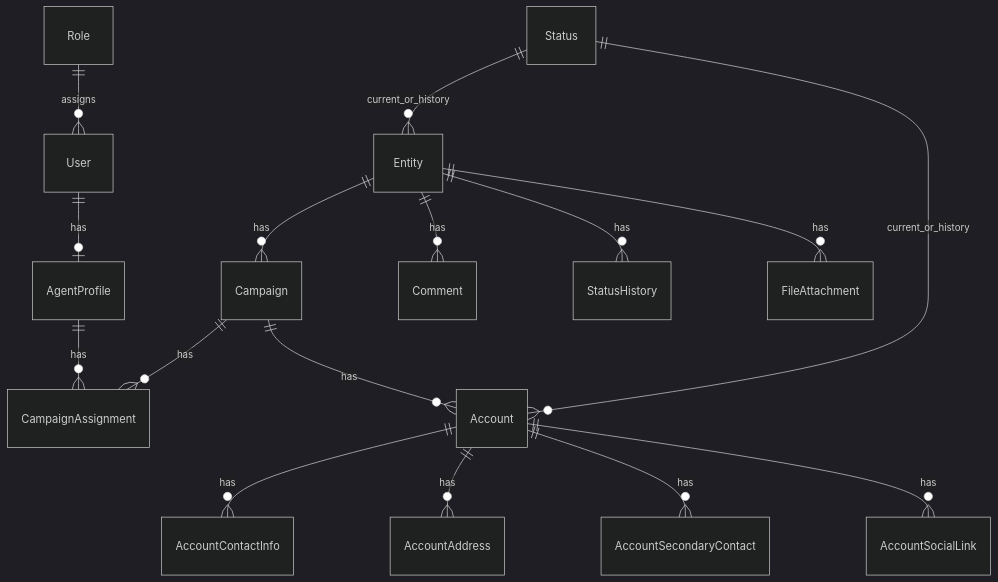
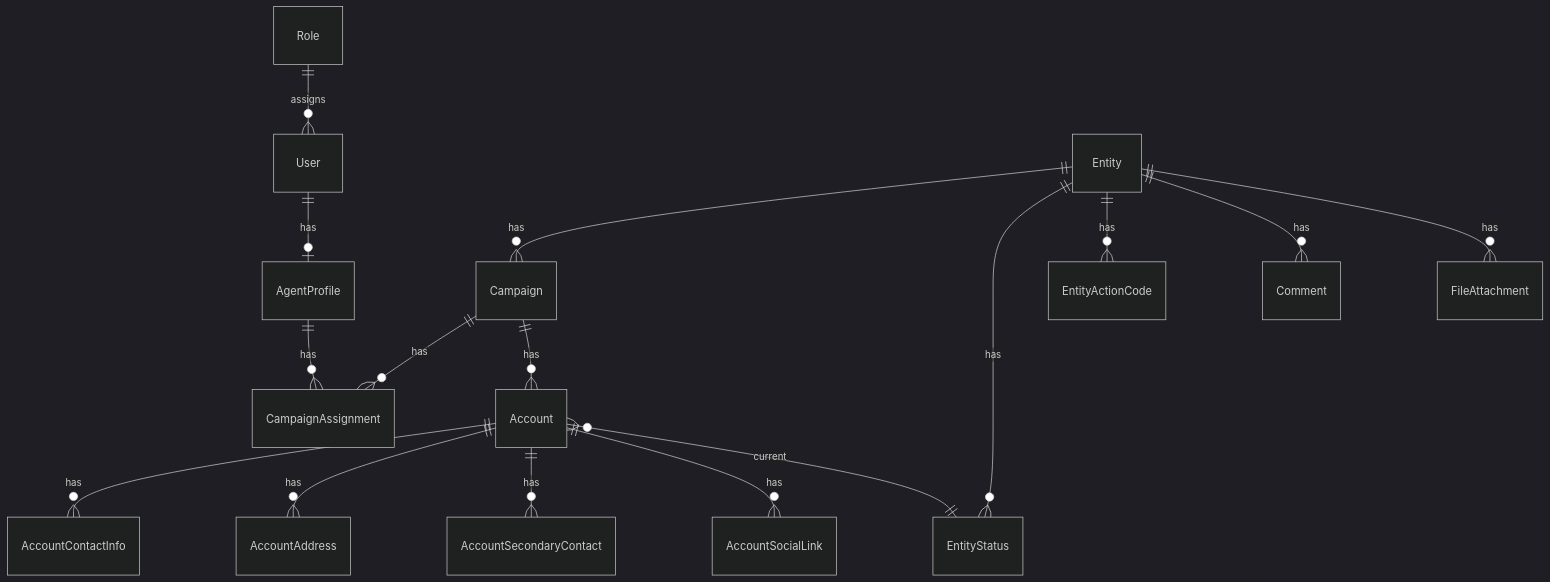
One commit to everettvergara/Collectimate2-Collectimate-FrontEnd changed the diagram in docs/03-domain-model.md. Above: the diagram before and after it, drawn with Mermaid (dark theme). The commit also changed other lines of this file and 156 other files, not shown here.

````diff
--- a/docs/03-domain-model.md
+++ b/docs/03-domain-model.md
@@ -27,18 +27,18 @@
 ```mermaid
 erDiagram
   User ||--o| AgentProfile : has
   Role ||--o{ User : assigns
   AgentProfile ||--o{ CampaignAssignment : has
   Campaign ||--o{ CampaignAssignment : has
   Entity ||--o{ Campaign : has
   Campaign ||--o{ Account : has
   Account ||--o{ AccountContactInfo : has
   Account ||--o{ AccountAddress : has
   Account ||--o{ AccountSecondaryContact : has
   Account ||--o{ AccountSocialLink : has
+  Entity ||--o{ EntityStatus : has
+  Entity ||--o{ EntityActionCode : has
   Entity ||--o{ Comment : has
-  Entity ||--o{ StatusHistory : has
   Entity ||--o{ FileAttachment : has
-  Status ||--o{ Entity : current_or_history
-  Status ||--o{ Account : current_or_history
+  Account }o--|| EntityStatus : current
 ```
````
